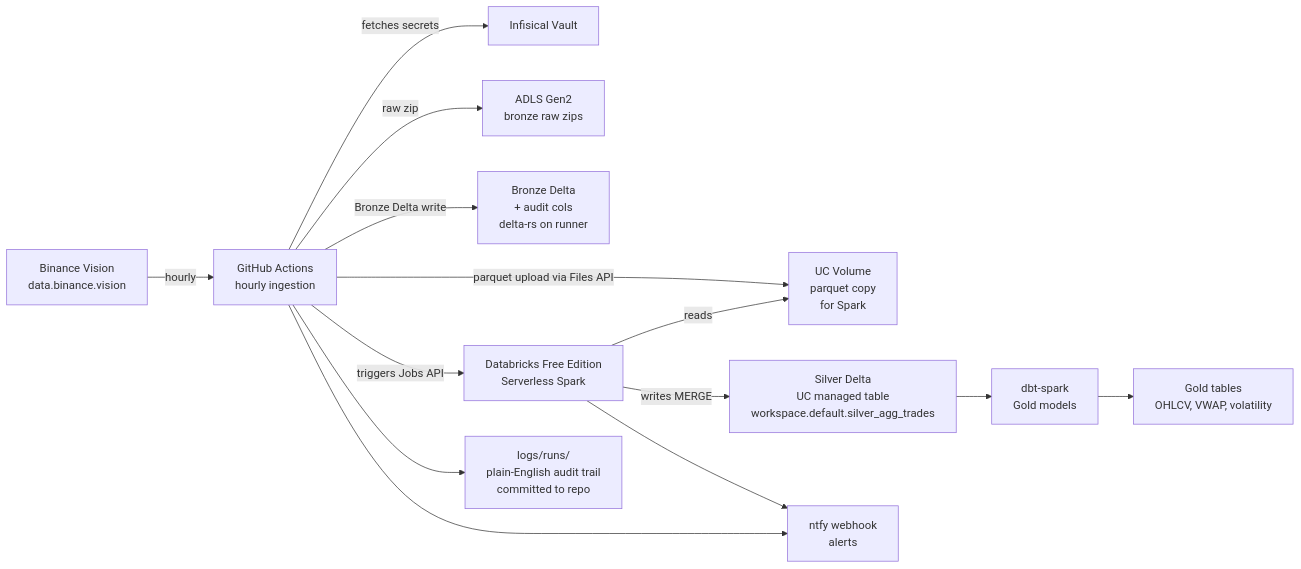
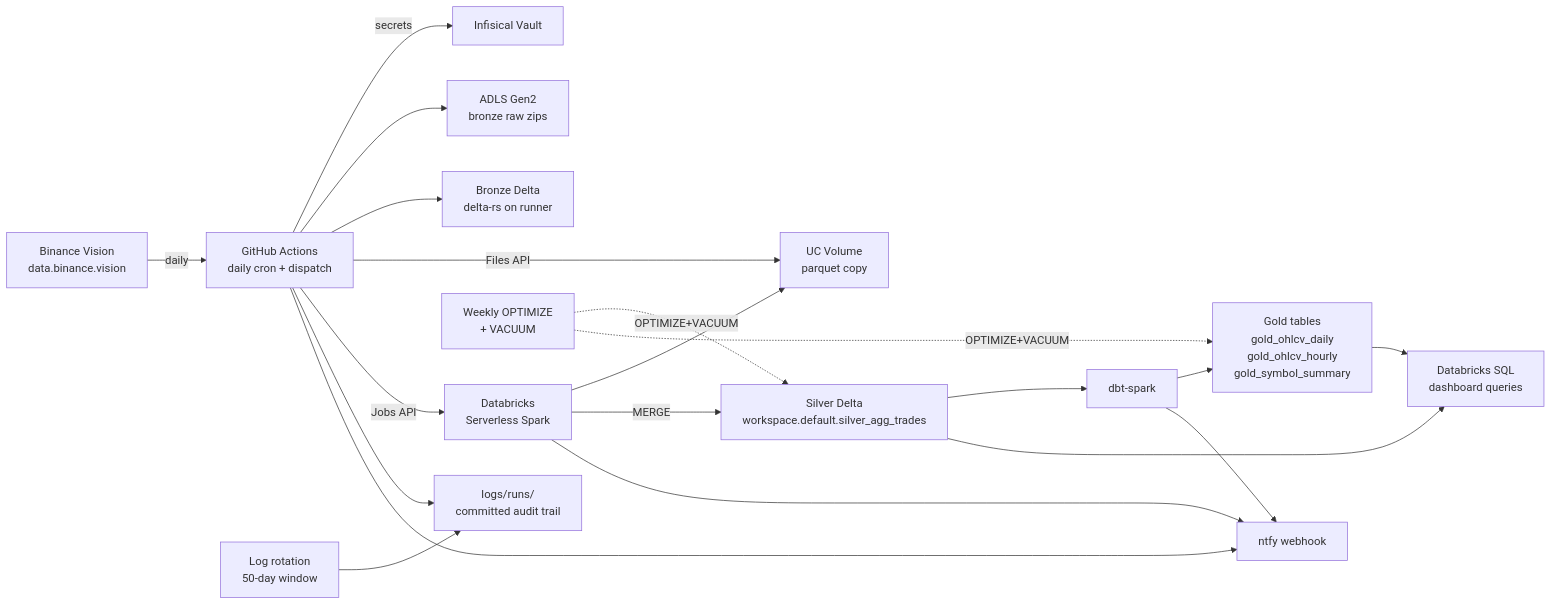
The diagram in README.md (Tharindi-W/tickstream-lakehouse), drawn with Mermaid before and after one commit. The commit also changed other lines of this file and 3 other files, not shown here.

````diff
--- a/README.md
+++ b/README.md
@@ -47,29 +61,38 @@
 ```mermaid
 flowchart LR
     A[Binance Vision<br/>data.binance.vision]
-    B[GitHub Actions<br/>hourly ingestion]
+    B[GitHub Actions<br/>daily cron + dispatch]
     O[Infisical Vault]
     D[ADLS Gen2<br/>bronze raw zips]
-    F[Bronze Delta<br/>+ audit cols<br/>delta-rs on runner]
-    V[UC Volume<br/>parquet copy<br/>for Spark]
-    E[Databricks Free Edition<br/>Serverless Spark]
-    G[Silver Delta<br/>UC managed table<br/>workspace.default.silver_agg_trades]
-    H[dbt-spark<br/>Gold models]
-    I[Gold tables<br/>OHLCV, VWAP, volatility]
-    K[ntfy webhook<br/>alerts]
-    L[logs/runs/<br/>plain-English audit trail<br/>committed to repo]
+    F[Bronze Delta<br/>delta-rs on runner]
+    V[UC Volume<br/>parquet copy]
+    E[Databricks<br/>Serverless Spark]
+    G[Silver Delta<br/>workspace.default.silver_agg_trades]
+    H[dbt-spark]
+    I[Gold tables<br/>gold_ohlcv_daily<br/>gold_ohlcv_hourly<br/>gold_symbol_summary]
+    M[Databricks SQL<br/>dashboard queries]
+    R[Log rotation<br/>50-day window]
+    W[Weekly OPTIMIZE<br/>+ VACUUM]
+    K[ntfy webhook]
+    L[logs/runs/<br/>committed audit trail]
 
-    A -->|hourly| B
-    B -->|fetches secrets| O
-    B -->|raw zip| D
-    B -->|Bronze Delta write| F
-    B -->|parquet upload via Files API| V
-    B -->|triggers Jobs API| E
-    E -->|reads| V
-    E -->|writes MERGE| G
+    A -->|daily| B
+    B -->|secrets| O
+    B --> D
+    B --> F
+    B -->|Files API| V
+    B -->|Jobs API| E
+    E --> V
+    E -->|MERGE| G
     G --> H
     H --> I
+    I --> M
+    G --> M
     B --> L
+    R --> L
+    W -.OPTIMIZE+VACUUM.-> G
+    W -.OPTIMIZE+VACUUM.-> I
     B --> K
     E --> K
+    H --> K
 ```
````
